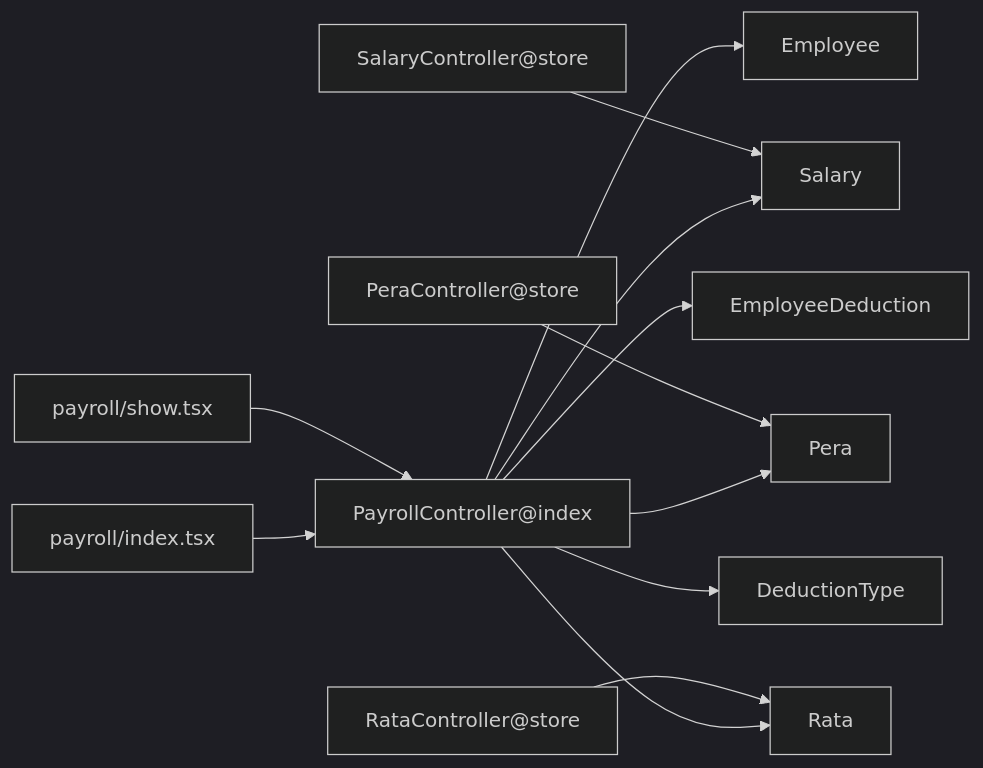
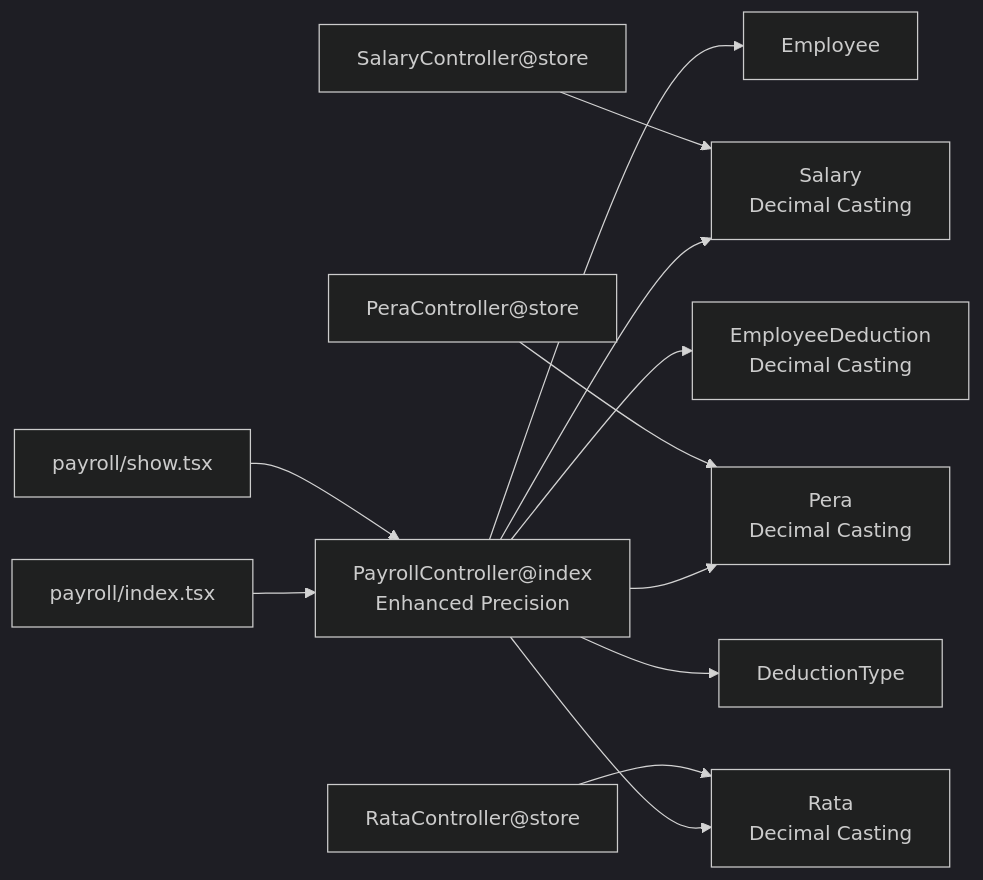
Before and after one commit to vincet0t15/template: the tenth of 10 diagrams in .qoder/repowiki/en/content/Payroll System/Payroll System.md, drawn with Mermaid (dark theme). The commit also changed other lines of this file and 13 other files, not shown here.

````diff
--- a/.qoder/repowiki/en/content/Payroll System/Payroll System.md
+++ b/.qoder/repowiki/en/content/Payroll System/Payroll System.md
@@ -424,14 +472,14 @@
 ```mermaid
 graph LR
-PI["payroll/index.tsx"] --> PC["PayrollController@index"]
+PI["payroll/index.tsx"] --> PC["PayrollController@index<br/>Enhanced Precision"]
 PS["payroll/show.tsx"] --> PC
 PC --> EM["Employee"]
-PC --> SM["Salary"]
-PC --> PM["Pera"]
-PC --> RM["Rata"]
-PC --> EDM["EmployeeDeduction"]
+PC --> SM["Salary<br/>Decimal Casting"]
+PC --> PM["Pera<br/>Decimal Casting"]
+PC --> RM["Rata<br/>Decimal Casting"]
+PC --> EDM["EmployeeDeduction<br/>Decimal Casting"]
 PC --> DM["DeductionType"]
 SC["SalaryController@store"] --> SM
 PEC["PeraController@store"] --> PM
 RC["RataController@store"] --> RM
 ```
````
